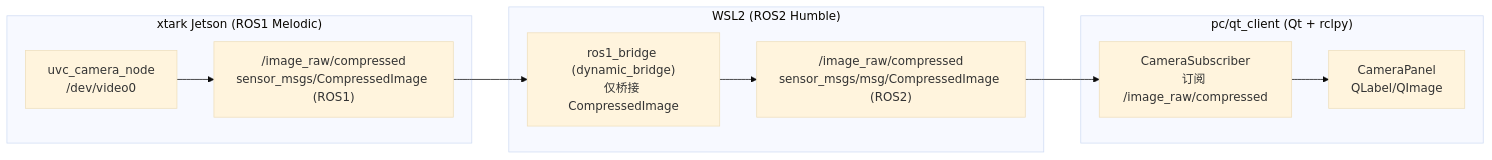
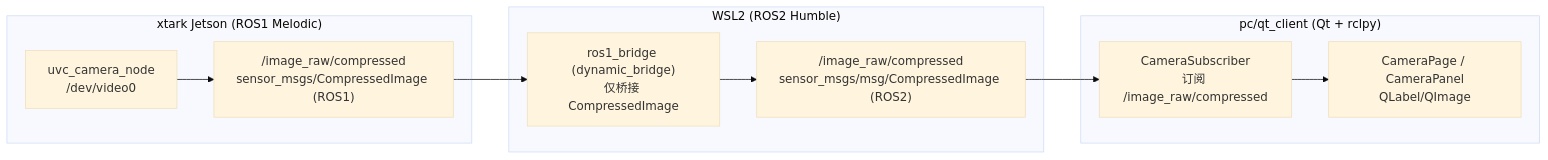
The diagram in pc/docs/PC端相机显示对齐Android方案.md (wingsmm/ros-dev), drawn with Mermaid (base theme) before and after one commit. The commit also changed other lines of this file and 18 other files, not shown here.

Commit message:
feat(pc-client): add camera control gateway flow

````diff
--- a/pc/docs/PC端相机显示对齐Android方案.md
+++ b/pc/docs/PC端相机显示对齐Android方案.md
@@ -37,23 +216,23 @@
 ```mermaid
 flowchart LR
   subgraph XTARK["xtark Jetson (ROS1 Melodic)"]
     Cam["uvc_camera_node\n/dev/video0"]
     T1["/image_raw/compressed\nsensor_msgs/CompressedImage (ROS1)"]
     Cam --> T1
   end
 
   subgraph WSL2["WSL2 (ROS2 Humble)"]
     Bridge["ros1_bridge (dynamic_bridge)\n仅桥接 CompressedImage"]
     T2["/image_raw/compressed\nsensor_msgs/msg/CompressedImage (ROS2)"]
     Bridge --> T2
   end
 
   subgraph PCAPP["pc/qt_client (Qt + rclpy)"]
-    Panel["CameraPanel\nQLabel/QImage"]
+    Panel["CameraPage / CameraPanel\nQLabel/QImage"]
     PanelSub["CameraSubscriber\n订阅 /image_raw/compressed"]
     PanelSub --> Panel
   end
 
   T1 --> Bridge
   T2 --> PanelSub
 ```
````
